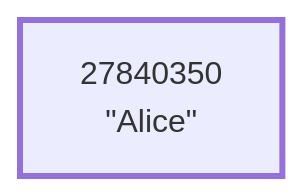
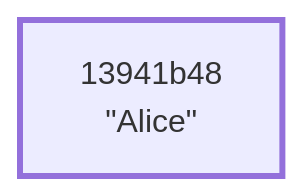
One commit to BlockchainCommons/WIPs-IETF-draft-envelope changed the diagram in images/mermaid/leaf_case.mermaid. Above: the diagram before and after it, drawn with Mermaid. The commit also changed 26 other files, not shown here.

```diff
--- a/images/mermaid/leaf_case.mermaid
+++ b/images/mermaid/leaf_case.mermaid
@@ -1,3 +1,3 @@
 graph LR
-    1["27840350<br/>#quot;Alice#quot;"]
+    1["13941b48<br/>#quot;Alice#quot;"]
     style 1 stroke-width:3.0px
```
